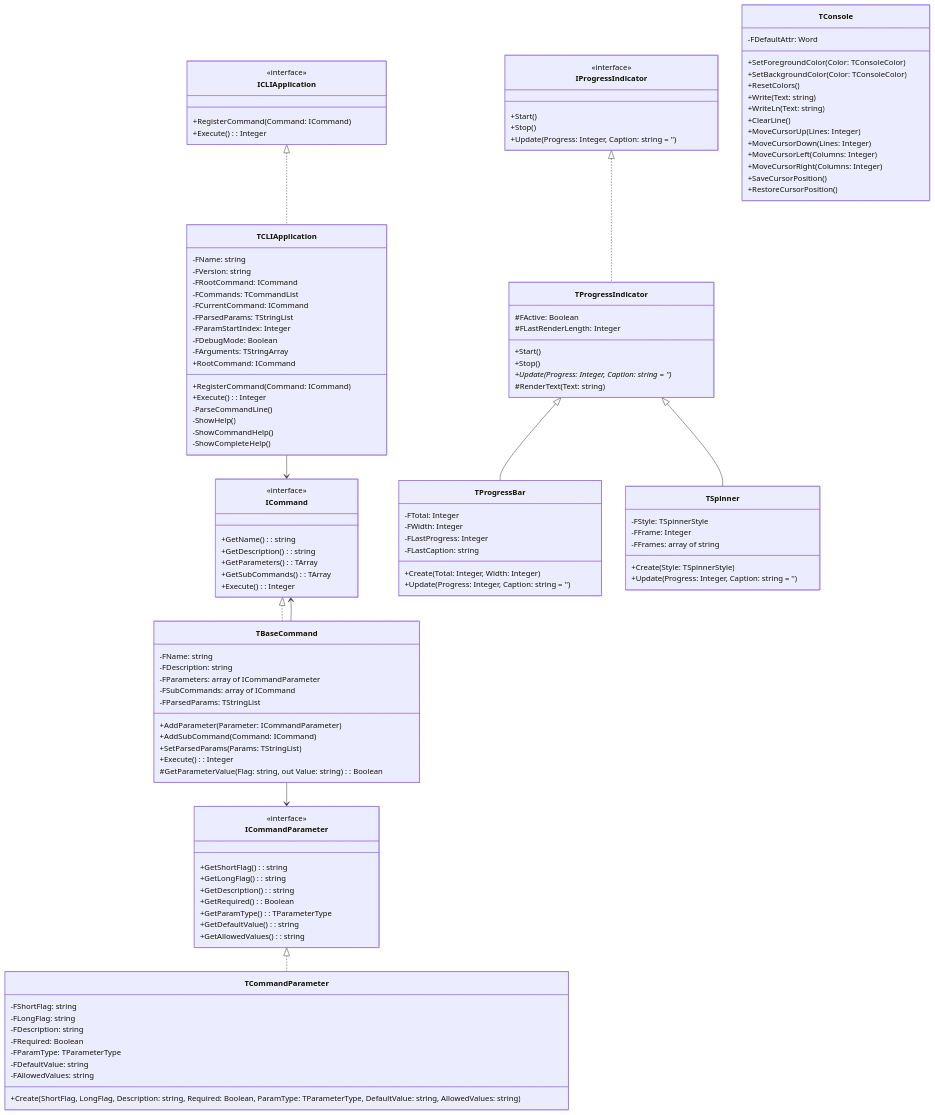
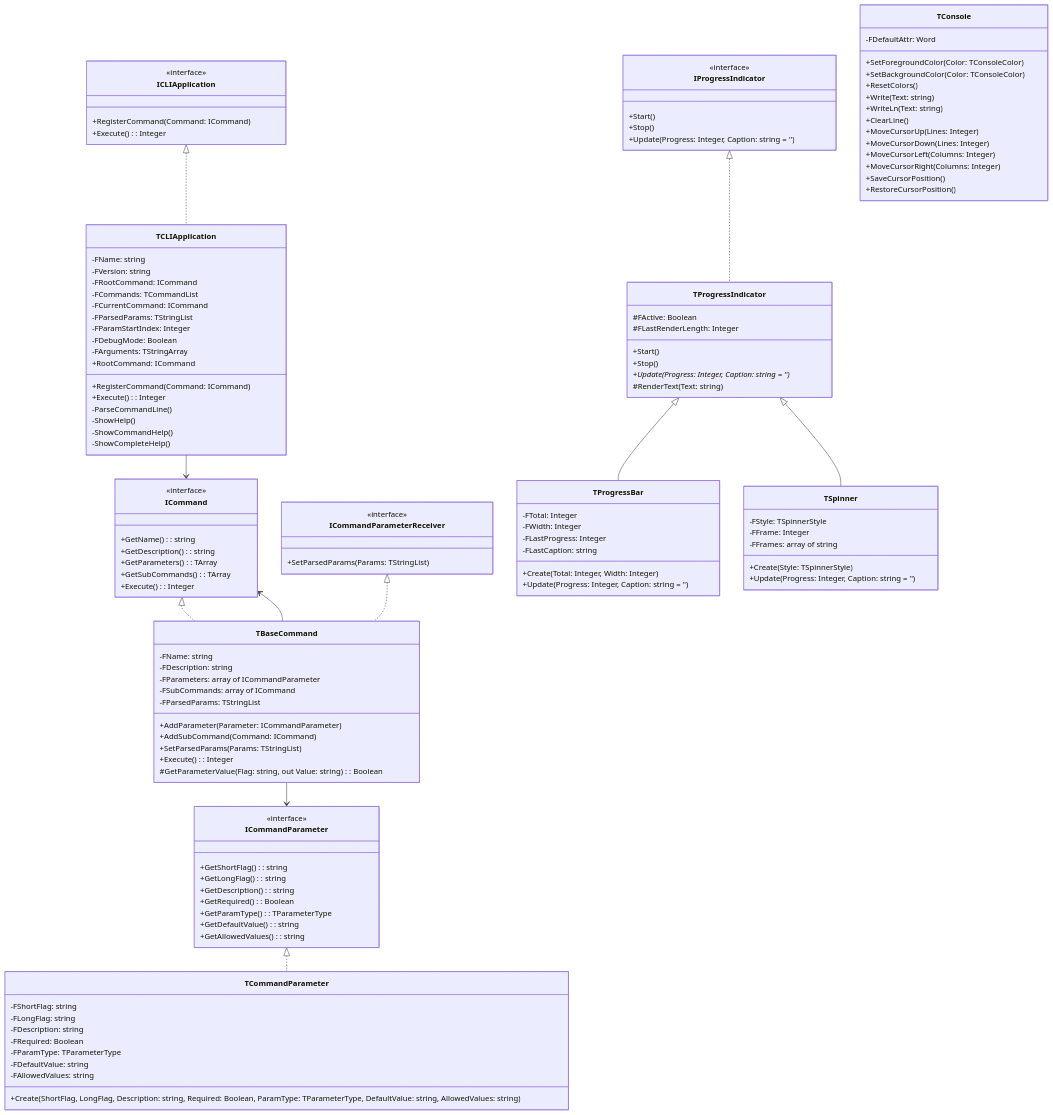
One commit to ikelaiah/cli-fp changed the diagram in docs/technical-docs.md. Above: the diagram before and after it, drawn with Mermaid. The commit also changed other lines of this file and 11 other files, not shown here.

```diff
--- a/docs/technical-docs.md
+++ b/docs/technical-docs.md
@@ -27,6 +27,11 @@
         +GetParameters(): TArray<ICommandParameter>
         +GetSubCommands(): TArray<ICommand>
         +Execute(): Integer
+    }
+
+    class ICommandParameterReceiver {
+        <<interface>>
+        +SetParsedParams(Params: TStringList)
     }
     
     class ICommandParameter {
@@ -134,6 +139,7 @@
 
     ICLIApplication <|.. TCLIApplication
     ICommand <|.. TBaseCommand
+    ICommandParameterReceiver <|.. TBaseCommand
     ICommandParameter <|.. TCommandParameter
     IProgressIndicator <|.. TProgressIndicator
     TProgressIndicator <|-- TProgressBar
```
